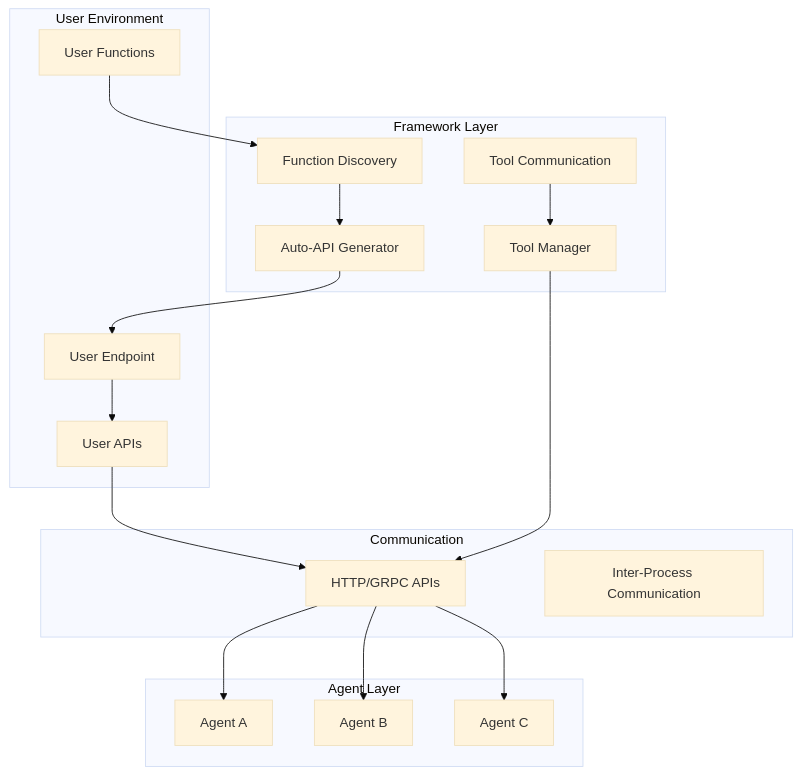
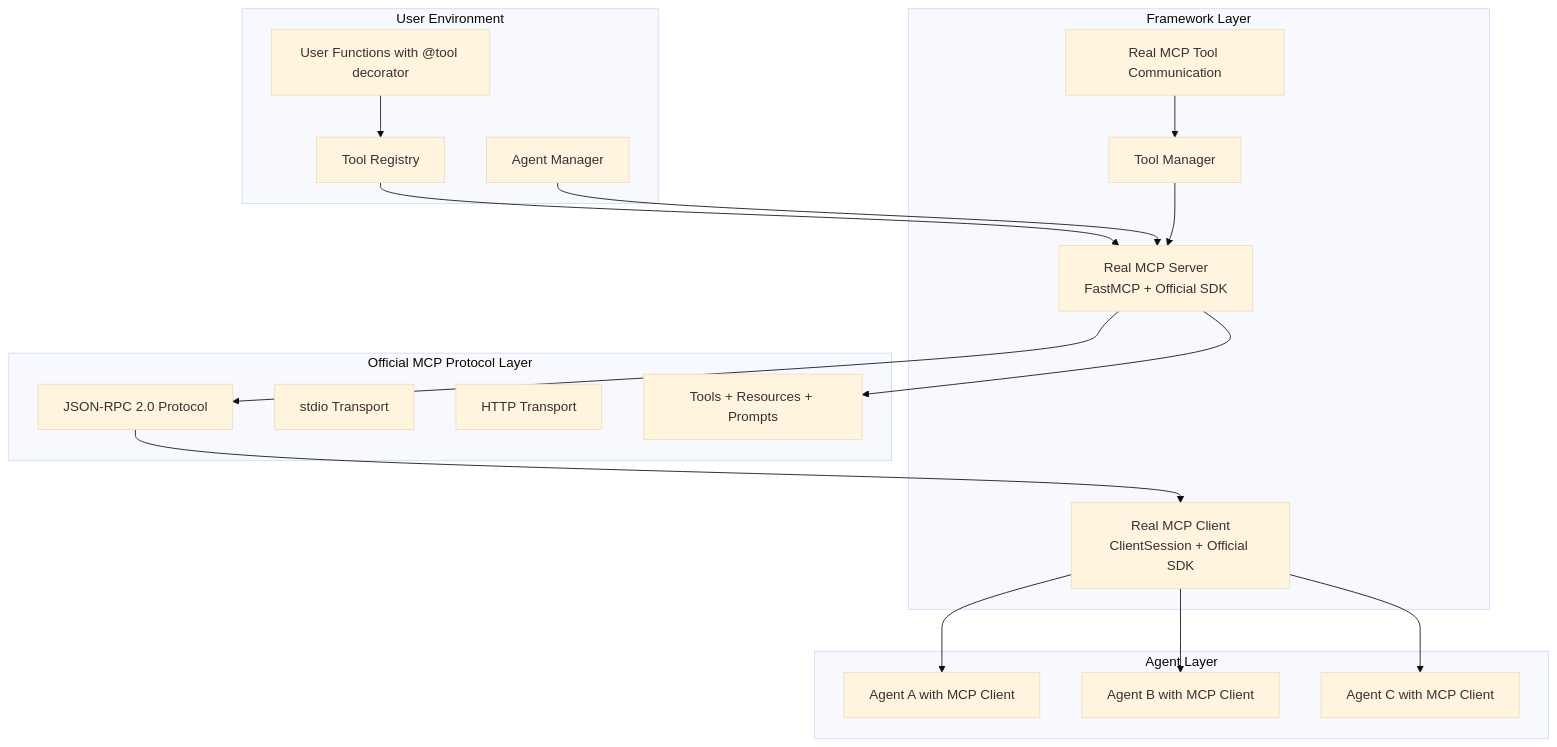
Before and after one commit to agentplug/agenthub: the diagram in docs/.implementation_design/phase2.5_semantic_progress_tools/core/01_tool_registry_design.md, drawn with Mermaid (base theme). The commit also changed other lines of this file and 14 other files, not shown here.

First line of the commit message:
docs: update design documents for real MCP implementation

````diff
--- a/docs/.implementation_design/phase2.5_semantic_progress_tools/core/01_tool_registry_design.md
+++ b/docs/.implementation_design/phase2.5_semantic_progress_tools/core/01_tool_registry_design.md
@@ -18,37 +18,40 @@
 ```mermaid
 graph TB
     subgraph "User Environment"
-        UF[User Functions]
-        UE[User Endpoint]
-        UA[User APIs]
+        UF[User Functions with @tool decorator]
+        TR[Tool Registry]
+        AM[Agent Manager]
     end
 
     subgraph "Framework Layer"
-        FD[Function Discovery]
-        AG[Auto-API Generator]
+        MCP_S[Real MCP Server<br/>FastMCP + Official SDK]
+        MCP_C[Real MCP Client<br/>ClientSession + Official SDK]
         TM[Tool Manager]
-        TC[Tool Communication]
+        TC[Real MCP Tool Communication]
     end
 
     subgraph "Agent Layer"
-        AG1[Agent A]
-        AG2[Agent B]
-        AG3[Agent C]
+        AG1[Agent A with MCP Client]
+        AG2[Agent B with MCP Client]
+        AG3[Agent C with MCP Client]
     end
 
-    subgraph "Communication"
-        API[HTTP/GRPC APIs]
-        IPC[Inter-Process Communication]
+    subgraph "Official MCP Protocol Layer"
+        JSONRPC[JSON-RPC 2.0 Protocol]
+        STDIO[stdio Transport]
+        HTTP[HTTP Transport]
+        MCP_PRIMITIVES[Tools + Resources + Prompts]
     end
 
-    UF --> FD
-    FD --> AG
-    AG --> UE
-    UE --> UA
-    UA --> API
-    TM --> API
-    API --> AG1
-    API --> AG2
-    API --> AG3
+    UF --> TR
+    TR --> MCP_S
+    MCP_S --> JSONRPC
+    MCP_S --> MCP_PRIMITIVES
+    JSONRPC --> MCP_C
+    MCP_C --> AG1
+    MCP_C --> AG2
+    MCP_C --> AG3
+    AM --> MCP_S
+    TM --> MCP_S
     TC --> TM
 ```
````
